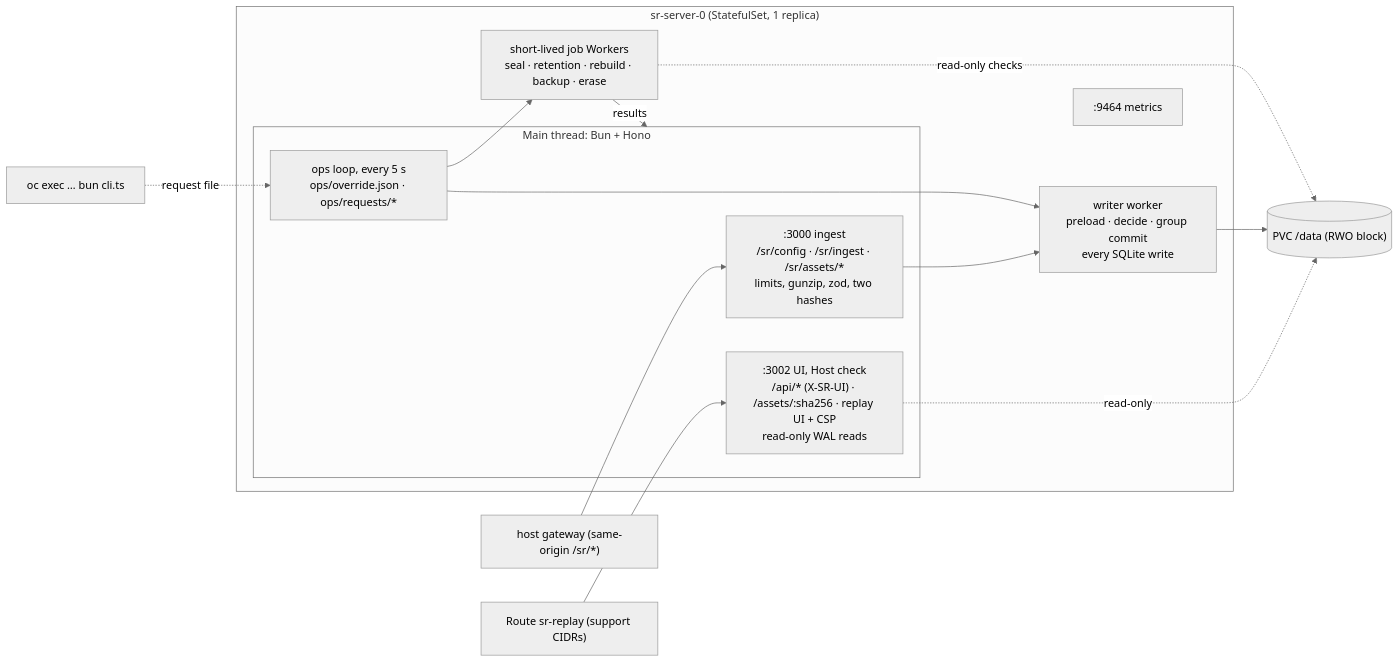
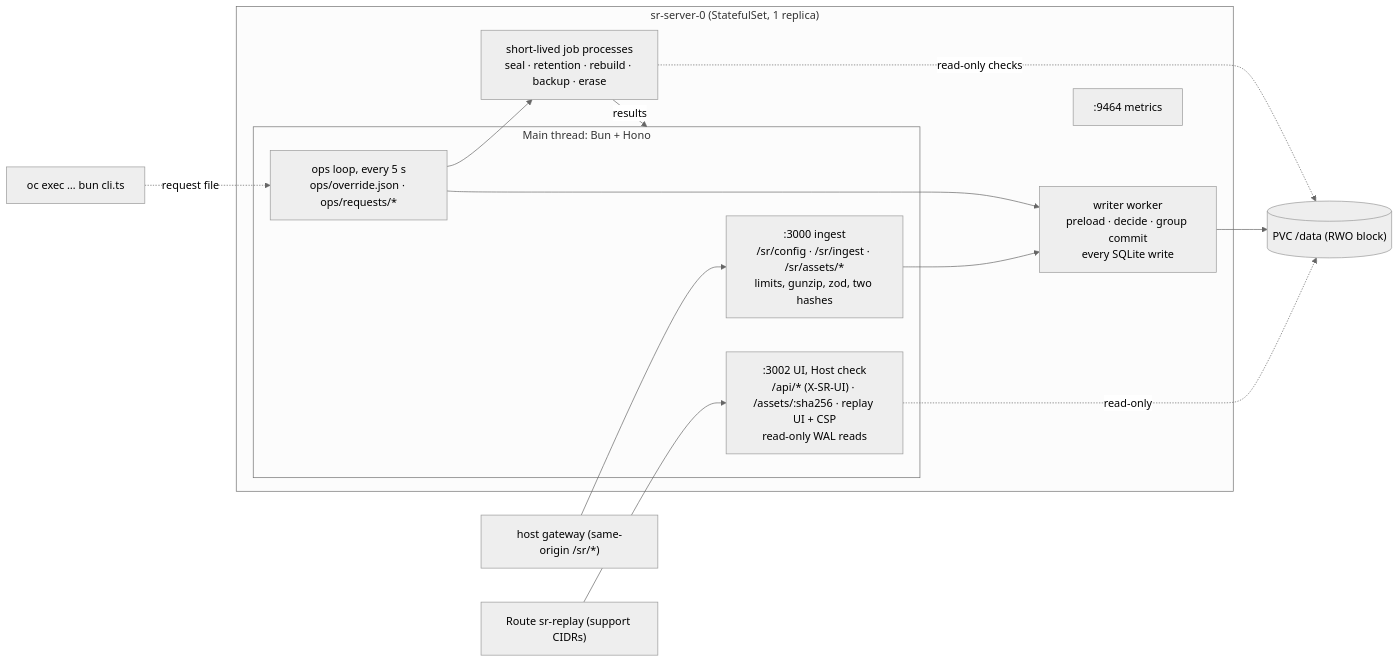
One commit to akhilshastri/session-replay changed the first of 2 diagrams in plan/05-server.md. Above: the diagram before and after it, drawn with Mermaid (neutral theme). The commit also changed other lines of this file and 11 other files, not shown here.

````diff
--- a/plan/05-server.md
+++ b/plan/05-server.md
@@ -45,22 +45,22 @@
 ```mermaid
 flowchart LR
   subgraph Pod["sr-server-0 (StatefulSet, 1 replica)"]
     subgraph Main["Main thread: Bun + Hono"]
       ING[":3000 ingest<br/>/sr/config · /sr/ingest · /sr/assets/*<br/>limits, gunzip, zod, two hashes"]
       UI[":3002 UI, Host check<br/>/api/* (X-SR-UI) · /assets/:sha256 · replay UI + CSP<br/>read-only WAL reads"]
       OPS["ops loop, every 5 s<br/>ops/override.json · ops/requests/*"]
     end
     WR["writer worker<br/>preload · decide · group commit<br/>every SQLite write"]
-    JOB["short-lived job Workers<br/>seal · retention · rebuild · backup · erase"]
+    JOB["short-lived job processes<br/>seal · retention · rebuild · backup · erase"]
     MET[":9464 metrics"]
   end
   GW["host gateway (same-origin /sr/*)"] --> ING --> WR
   RT["Route sr-replay (support CIDRs)"] --> UI
   CLI["oc exec … bun cli.ts"] -. request file .-> OPS
   OPS --> WR
   OPS --> JOB
   JOB -- results --> Main
   WR --> PVC[("PVC /data (RWO block)")]
   UI -. read-only .-> PVC
   JOB -. read-only checks .-> PVC
 ```
````
